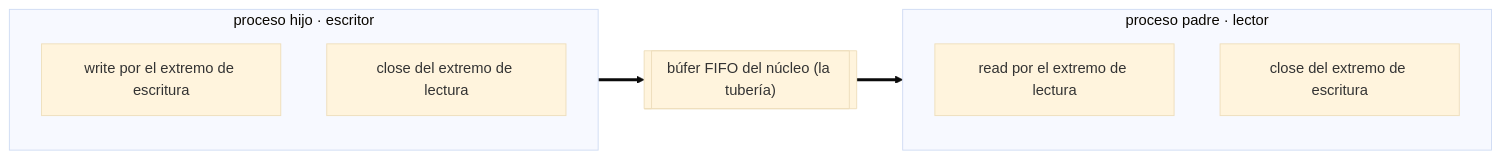
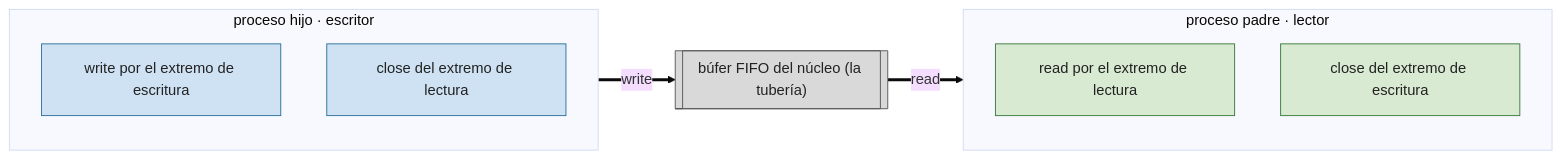
The diagram in PRACTICA/03-pipes-y-fifos/README.md (asiermarzo/ssoo), drawn with Mermaid (base theme) before and after one commit. The commit also changed other lines of this file and 25 other files, not shown here.

Commit message:
refinado de diagramas mermaid y svg

````diff
--- a/PRACTICA/03-pipes-y-fifos/README.md
+++ b/PRACTICA/03-pipes-y-fifos/README.md
@@ -31,15 +31,23 @@
 ```mermaid
 flowchart LR
     subgraph Padre["proceso padre · lector"]
         direction TB
         PR["read por el extremo de lectura"]
         PC["close del extremo de escritura"]
     end
     subgraph Hijo["proceso hijo · escritor"]
         direction TB
         HW["write por el extremo de escritura"]
         HC["close del extremo de lectura"]
     end
-    HW ==> BUF[["búfer FIFO del núcleo (la tubería)"]]
-    BUF ==> PR
+    HW ==>|"write"| BUF[["búfer FIFO del núcleo (la tubería)"]]
+    BUF ==>|"read"| PR
+
+    classDef lector fill:#d9ead3,stroke:#3a7a3a,color:#222;
+    classDef escritor fill:#cfe2f3,stroke:#2b6f99,color:#222;
+    classDef nucleo fill:#d9d9d9,stroke:#555,color:#222;
+
+    class PR,PC lector;
+    class HW,HC escritor;
+    class BUF nucleo;
 ```
````
